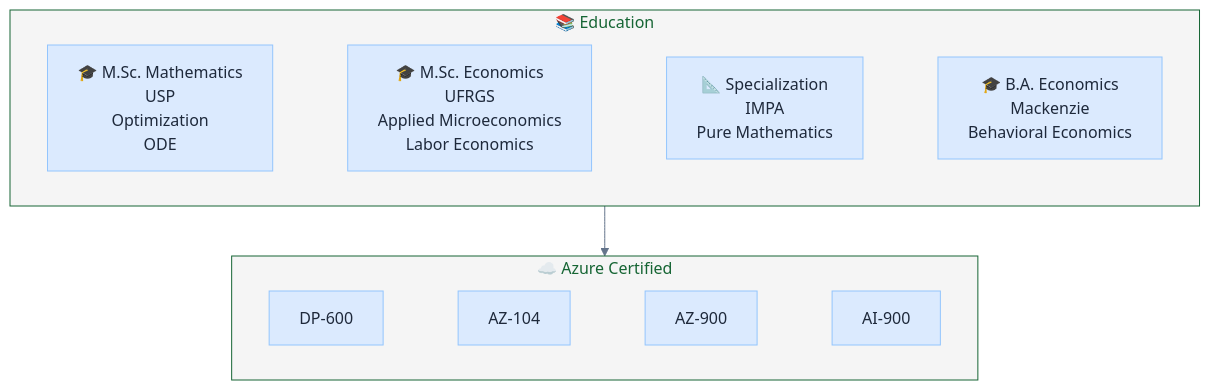
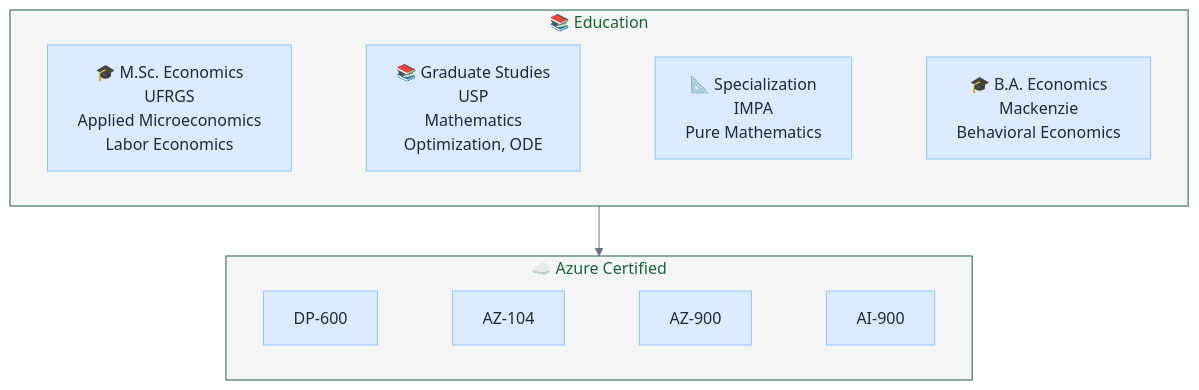
Before and after one commit to Cataldir/Cataldir: the diagram in README.md, drawn with Mermaid. The commit also changed other lines of this file, not shown here.

````diff
--- a/README.md
+++ b/README.md
@@ -87,29 +87,29 @@
 ```mermaid
 %%{init: {'theme': 'base', 'themeVariables': {
   'background': '#f5f5f5',
   'primaryColor': '#dbeafe',
   'primaryBorderColor': '#93c5fd',
   'primaryTextColor': '#1e293b',
   'secondaryColor': '#e0f2fe',
   'tertiaryColor': '#f0f9ff',
   'lineColor': '#64748b',
   'clusterBkg': '#f5f5f5',
   'clusterBorder': '#cbd5e1',
   'titleColor': '#166534'
 }}}%%
 flowchart TB
     subgraph edu["📚 Education"]
         direction LR
-        msc1["🎓 M.Sc. Mathematics<br>USP<br>Optimization<br>ODE"] ~~~ msc2["🎓 M.Sc. Economics<br>UFRGS<br>Applied Microeconomics<br>Labor Economics"] ~~~ impa["📐 Specialization<br>IMPA<br>Pure Mathematics"] ~~~ ba["🎓 B.A. Economics<br>Mackenzie<br>Behavioral Economics"]
+        msc2["🎓 M.Sc. Economics<br>UFRGS<br>Applied Microeconomics<br>Labor Economics"] ~~~ msc1["📚 Graduate Studies<br>USP<br>Mathematics<br>Optimization, ODE"] ~~~ impa["📐 Specialization<br>IMPA<br>Pure Mathematics"] ~~~ ba["🎓 B.A. Economics<br>Mackenzie<br>Behavioral Economics"]
     end
 
     subgraph certs["☁️ Azure Certified"]
         direction LR
         dp600["DP-600"] ~~~ az104["AZ-104"] ~~~ az900["AZ-900"] ~~~ ai900["AI-900"]
     end
 
     edu --> certs
 
     style edu fill:#f5f5f5,stroke:#166534,color:#166534
     style certs fill:#f5f5f5,stroke:#166534,color:#166534
 ```
````
